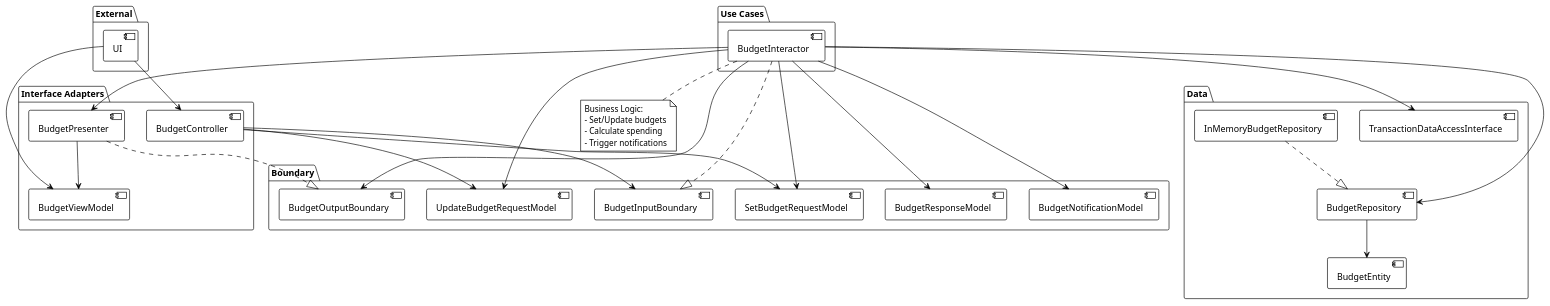
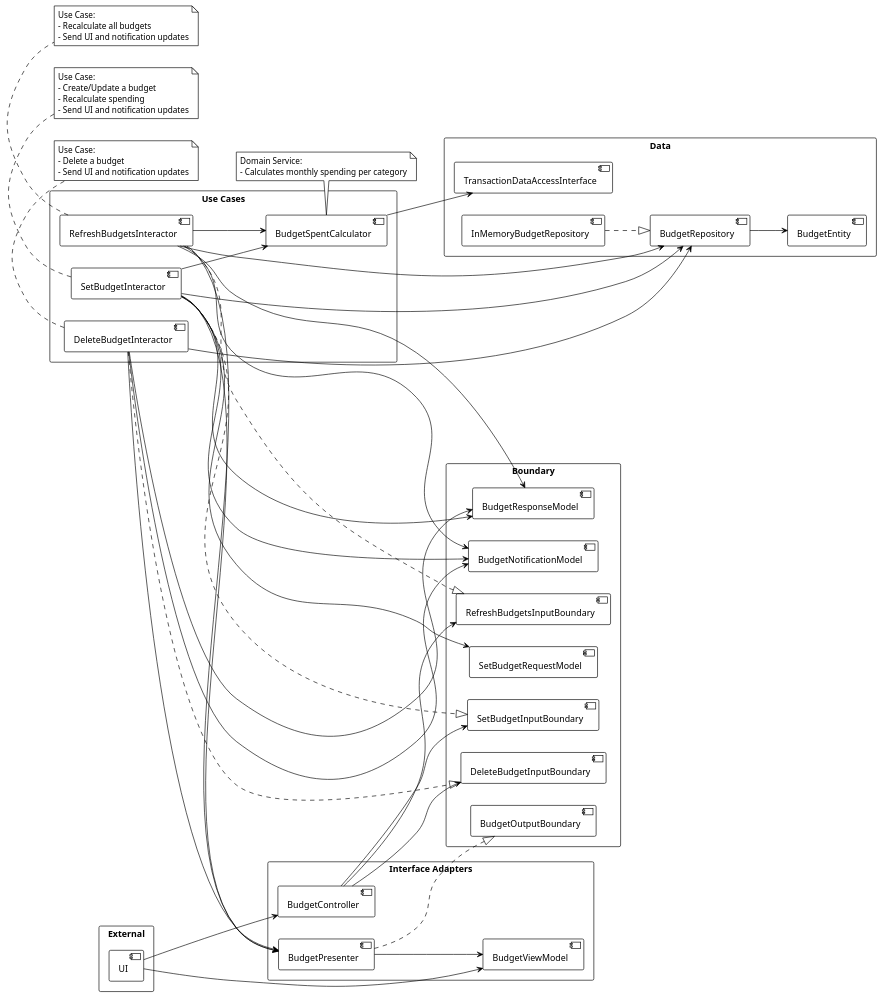
The diagram in src/main/java/use_case5/UseCase5.puml (Cynthiazhu1003/team-project), drawn with PlantUML before and after one commit. The commit also changed 15 other files, not shown here.

Commit message:
Separated use case 5 into multiple use cases like set budget / delete budget / refresh budget.

```diff
--- a/src/main/java/use_case5/UseCase5.puml
+++ b/src/main/java/use_case5/UseCase5.puml
@@ -1,81 +1,124 @@
 @startuml
 !theme plain
+skinparam packageStyle rectangle
+
+' Force vertical layered layout (top → bottom)
+top to bottom direction
+left to right direction
 
 package "External" {
   [UI]
 }
 
 package "Interface Adapters" {
   [BudgetController]
   [BudgetPresenter]
   [BudgetViewModel]
 }
 
 package "Use Cases" {
-  [BudgetInteractor]
+  [SetBudgetInteractor]
+  [DeleteBudgetInteractor]
+  [RefreshBudgetsInteractor]
+  [BudgetSpentCalculator]
 }
 
 package "Boundary" {
-  interface [BudgetInputBoundary]
+  interface [SetBudgetInputBoundary]
+  interface [DeleteBudgetInputBoundary]
+  interface [RefreshBudgetsInputBoundary]
+
   interface [BudgetOutputBoundary]
+
   [BudgetResponseModel]
   [BudgetNotificationModel]
   [SetBudgetRequestModel]
-  [UpdateBudgetRequestModel]
 }
 
 package "Data" {
   interface [BudgetRepository]
   interface [TransactionDataAccessInterface]
   [InMemoryBudgetRepository]
   [BudgetEntity]
 }
 
-' UI -> Controller
+' ===== UI -> Controller =====
 [UI] --> [BudgetController]
 
-' UI -> View Model
+' ===== UI -> ViewModel =====
 [UI] --> [BudgetViewModel]
 
-' Controller -> Input boundary
-[BudgetController] --> [BudgetInputBoundary]
+' ===== Controller -> Input Boundaries =====
+[BudgetController] --> [SetBudgetInputBoundary]
+[BudgetController] --> [DeleteBudgetInputBoundary]
+[BudgetController] --> [RefreshBudgetsInputBoundary]
 
-' Interactor implements Input Boundary
-[BudgetInteractor] ..|> [BudgetInputBoundary]
+' ===== Interactors implement their Input Boundaries =====
+[SetBudgetInteractor] ..|> [SetBudgetInputBoundary]
+[DeleteBudgetInteractor] ..|> [DeleteBudgetInputBoundary]
+[RefreshBudgetsInteractor] ..|> [RefreshBudgetsInputBoundary]
 
-' Presenter implements Output Boundary
+' ===== Presenter implements Output Boundary =====
 [BudgetPresenter] ..|> [BudgetOutputBoundary]
 
-' Interactor -> Presenter
-[BudgetInteractor] --> [BudgetPresenter]
+' ===== Interactors -> Presenter =====
+[SetBudgetInteractor] --> [BudgetPresenter]
+[DeleteBudgetInteractor] --> [BudgetPresenter]
+[RefreshBudgetsInteractor] --> [BudgetPresenter]
 
-' Presenter -> ViewModel
+' ===== Presenter -> ViewModel =====
 [BudgetPresenter] --> [BudgetViewModel]
 
-' Interactor -> Repository
-[BudgetInteractor] --> [BudgetRepository]
+' ===== Interactors -> Data repositories =====
+[SetBudgetInteractor] --> [BudgetRepository]
+[DeleteBudgetInteractor] --> [BudgetRepository]
+[RefreshBudgetsInteractor] --> [BudgetRepository]
 
-' Interactor -> Transaction Repository
-[BudgetInteractor] --> [TransactionDataAccessInterface]
+' ===== Interactors using calculator =====
+[SetBudgetInteractor] --> [BudgetSpentCalculator]
+[RefreshBudgetsInteractor] --> [BudgetSpentCalculator]
 
-' Concrete Repository
+' ===== Calculator -> TransactionDAO =====
+[BudgetSpentCalculator] --> [TransactionDataAccessInterface]
+
+' ===== Concrete Repo Implements Interface =====
 [InMemoryBudgetRepository] ..|> [BudgetRepository]
 [BudgetRepository] --> [BudgetEntity]
 
-' Data models
-[BudgetInteractor] --> [BudgetResponseModel]
-[BudgetInteractor] --> [BudgetNotificationModel]
-[BudgetInteractor] --> [UpdateBudgetRequestModel]
-[BudgetInteractor] --> [SetBudgetRequestModel]
-[BudgetInteractor] --> [BudgetOutputBoundary]
-[BudgetController] --> [SetBudgetRequestModel]
-[BudgetController] --> [UpdateBudgetRequestModel]
+' ===== Data models =====
+[SetBudgetInteractor] --> [SetBudgetRequestModel]
+[SetBudgetInteractor] --> [BudgetResponseModel]
+[SetBudgetInteractor] --> [BudgetNotificationModel]
 
-note bottom of [BudgetInteractor]
-  Business Logic:
-  - Set/Update budgets
-  - Calculate spending
-  - Trigger notifications
+[DeleteBudgetInteractor] --> [BudgetResponseModel]
+[DeleteBudgetInteractor] --> [BudgetNotificationModel]
+
+[RefreshBudgetsInteractor] --> [BudgetResponseModel]
+[RefreshBudgetsInteractor] --> [BudgetNotificationModel]
+
+' ===== Notes for Use Cases =====
+note bottom of [SetBudgetInteractor]
+  Use Case:
+  - Create/Update a budget
+  - Recalculate spending
+  - Send UI and notification updates
+end note
+
+note bottom of [DeleteBudgetInteractor]
+  Use Case:
+  - Delete a budget
+  - Send UI and notification updates
+end note
+
+note bottom of [RefreshBudgetsInteractor]
+  Use Case:
+  - Recalculate all budgets
+  - Send UI and notification updates
+end note
+
+note bottom of [BudgetSpentCalculator]
+  Domain Service:
+  - Calculates monthly spending per category
 end note
 
 @enduml
```
